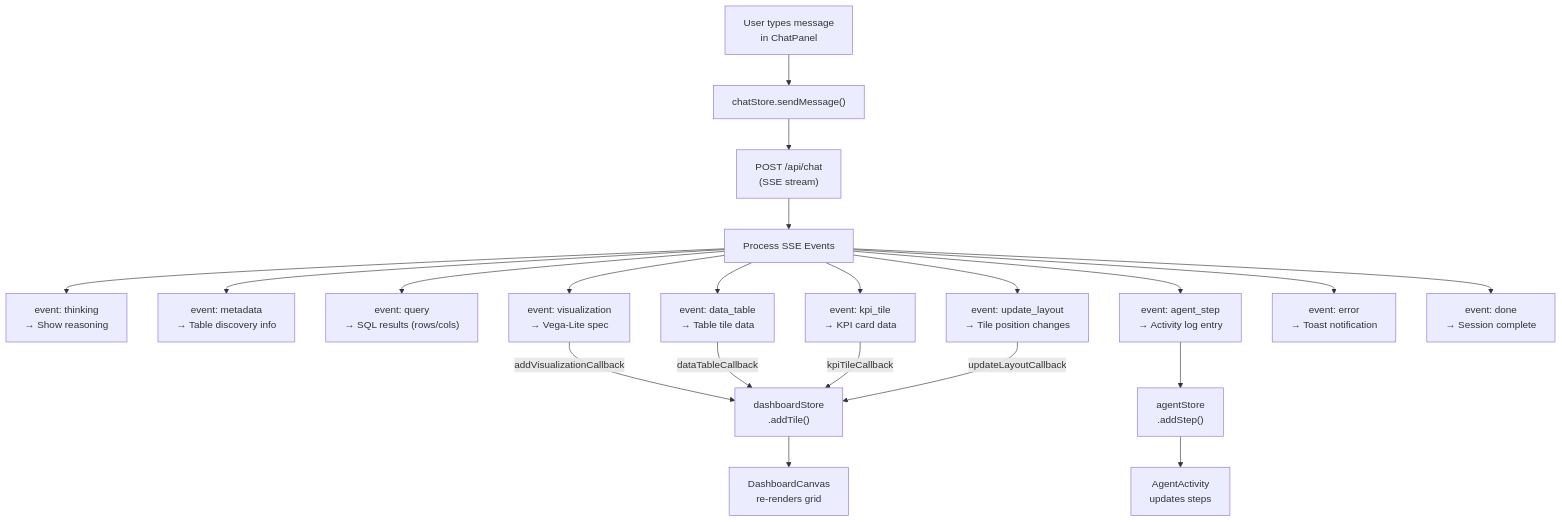
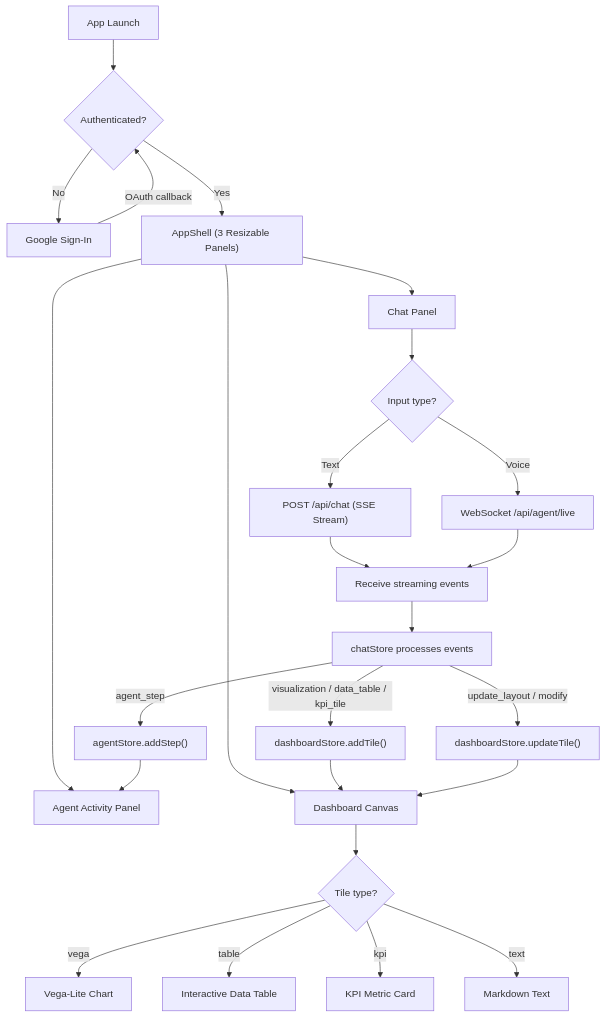
One commit to anduriroshan/Agentic-Boards-Gemini changed the diagram in docs/flowcharts/02-frontend-workflow.md. Above: the diagram before and after it, drawn with Mermaid. The commit also changed other lines of this file and 4 other files, not shown here.

Commit message:
refactor: Simplify and enhance workflow diagrams for overall system, frontend, backend, agentic, and deployment processes

````diff
--- a/docs/flowcharts/02-frontend-workflow.md
+++ b/docs/flowcharts/02-frontend-workflow.md
@@ -28,27 +3,33 @@
 ```mermaid
 flowchart TD
-    UserInput["User types message<br/>in ChatPanel"]
-    --> SendMsg["chatStore.sendMessage()"]
-    --> SSERequest["POST /api/chat<br/>(SSE stream)"]
-    --> StreamEvents["Process SSE Events"]
+    Start["App Launch"] --> AuthCheck{"Authenticated?"}
+    AuthCheck -->|"No"| Login["Google Sign-In"]
+    Login -->|"OAuth callback"| AuthCheck
+    AuthCheck -->|"Yes"| AppShell["AppShell (3 Resizable Panels)"]
 
-    StreamEvents --> E1["event: thinking<br/>→ Show reasoning"]
-    StreamEvents --> E2["event: metadata<br/>→ Table discovery info"]
-    StreamEvents --> E3["event: query<br/>→ SQL results (rows/cols)"]
-    StreamEvents --> E4["event: visualization<br/>→ Vega-Lite spec"]
-    StreamEvents --> E5["event: data_table<br/>→ Table tile data"]
-    StreamEvents --> E6["event: kpi_tile<br/>→ KPI card data"]
-    StreamEvents --> E7["event: agent_step<br/>→ Activity log entry"]
-    StreamEvents --> E8["event: update_layout<br/>→ Tile position changes"]
-    StreamEvents --> E9["event: error<br/>→ Toast notification"]
-    StreamEvents --> E10["event: done<br/>→ Session complete"]
+    AppShell --> ActivityPanel["Agent Activity Panel"]
+    AppShell --> DashPanel["Dashboard Canvas"]
+    AppShell --> ChatPanel["Chat Panel"]
 
-    E4 -->|"addVisualizationCallback"| DashStore["dashboardStore<br/>.addTile()"]
-    E5 -->|"dataTableCallback"| DashStore
-    E6 -->|"kpiTileCallback"| DashStore
-    E8 -->|"updateLayoutCallback"| DashStore
-    E7 --> AgentStore["agentStore<br/>.addStep()"]
+    ChatPanel --> InputType{"Input type?"}
+    InputType -->|"Text"| SSE["POST /api/chat (SSE Stream)"]
+    InputType -->|"Voice"| WS["WebSocket /api/agent/live"]
 
-    DashStore --> Rerender["DashboardCanvas<br/>re-renders grid"]
-    AgentStore --> ActivityPanel["AgentActivity<br/>updates steps"]
+    SSE --> Events["Receive streaming events"]
+    WS --> Events
+
+    Events --> ChatStore["chatStore processes events"]
+    ChatStore -->|"visualization / data_table / kpi_tile"| AddTile["dashboardStore.addTile()"]
+    ChatStore -->|"update_layout / modify"| UpdateTile["dashboardStore.updateTile()"]
+    ChatStore -->|"agent_step"| AgentStore["agentStore.addStep()"]
+
+    AddTile --> DashPanel
+    UpdateTile --> DashPanel
+    AgentStore --> ActivityPanel
+
+    DashPanel --> Render{"Tile type?"}
+    Render -->|"vega"| Chart["Vega-Lite Chart"]
+    Render -->|"table"| Table["Interactive Data Table"]
+    Render -->|"kpi"| KPI["KPI Metric Card"]
+    Render -->|"text"| Text["Markdown Text"]
 ```
````
